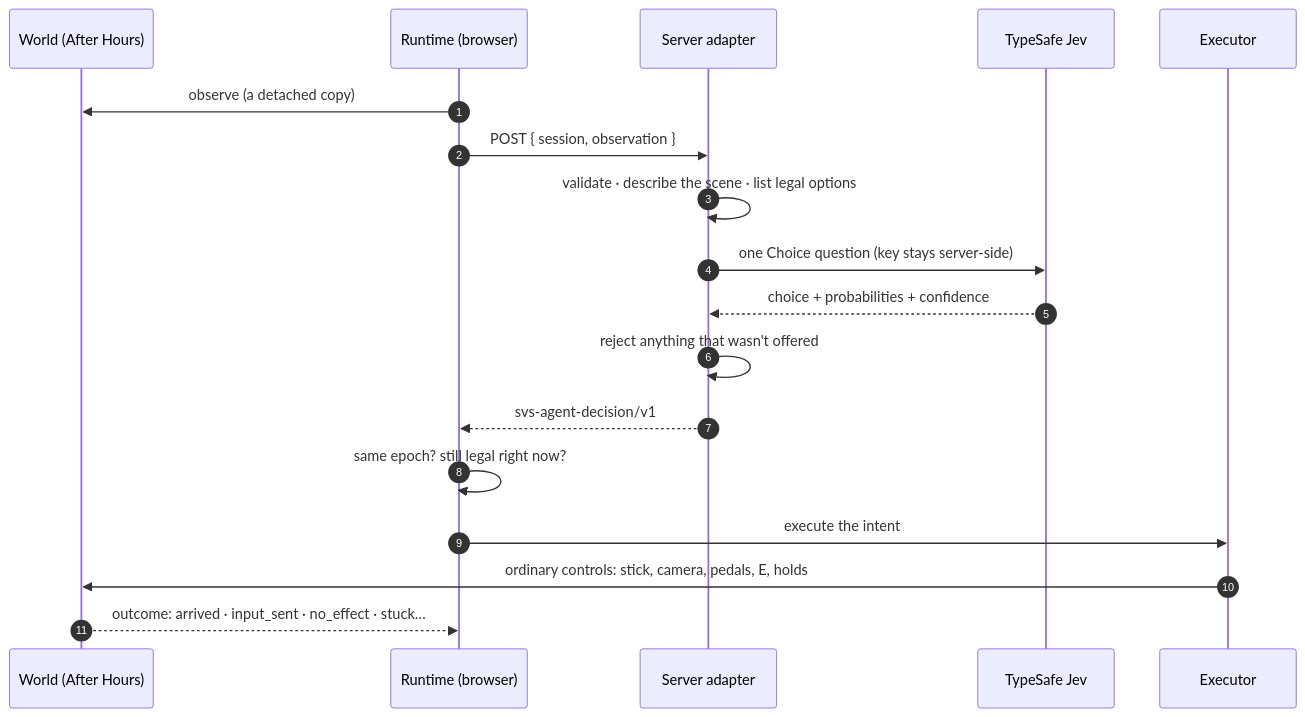
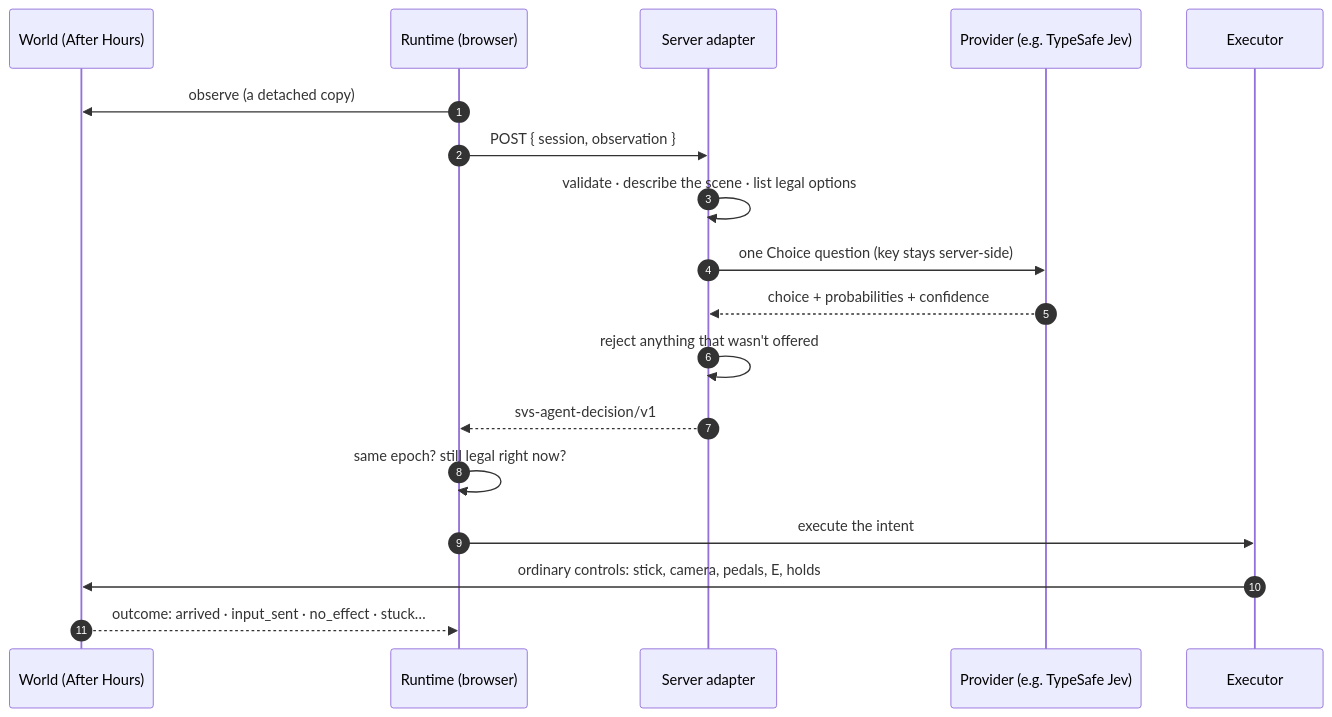
One commit to topherchris420/satellite-vision-scape changed the second of 3 diagrams in README.md. Above: the diagram before and after it, drawn with Mermaid. The commit also changed other lines of this file, not shown here.

````diff
--- a/README.md
+++ b/README.md
@@ -307,20 +495,20 @@
 ```mermaid
 sequenceDiagram
   autonumber
   participant W as World (After Hours)
   participant R as Runtime (browser)
   participant S as Server adapter
-  participant J as TypeSafe Jev
+  participant J as Provider (e.g. TypeSafe Jev)
   participant X as Executor
   R->>W: observe (a detached copy)
   R->>S: POST { session, observation }
   S->>S: validate · describe the scene · list legal options
   S->>J: one Choice question (key stays server-side)
   J-->>S: choice + probabilities + confidence
   S->>S: reject anything that wasn't offered
   S-->>R: svs-agent-decision/v1
   R->>R: same epoch? still legal right now?
   R->>X: execute the intent
   X->>W: ordinary controls: stick, camera, pedals, E, holds
   W-->>R: outcome: arrived · input_sent · no_effect · stuck…
 ```
````
